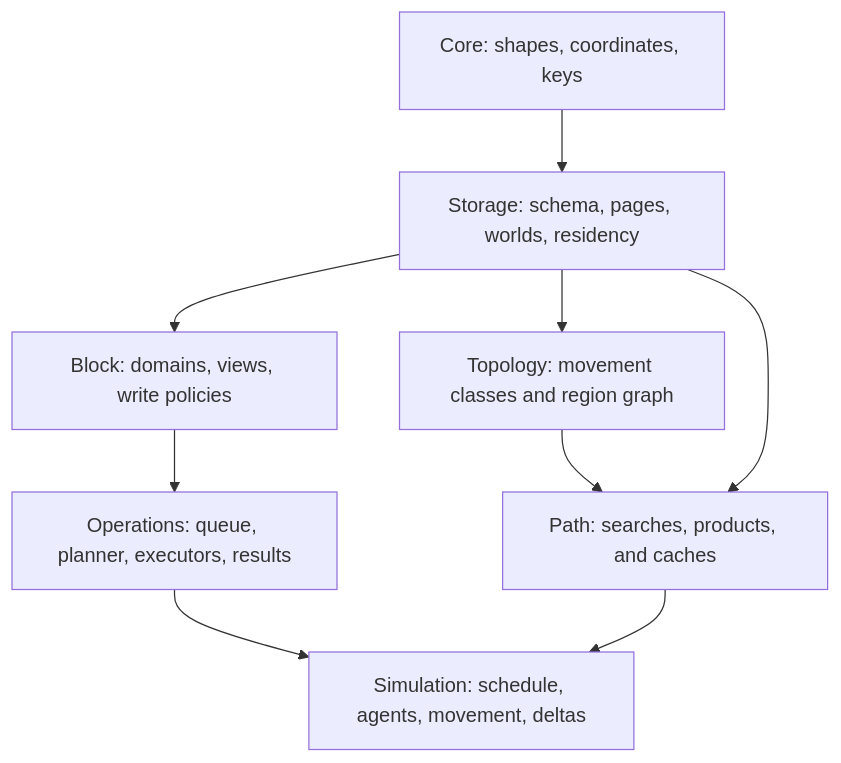
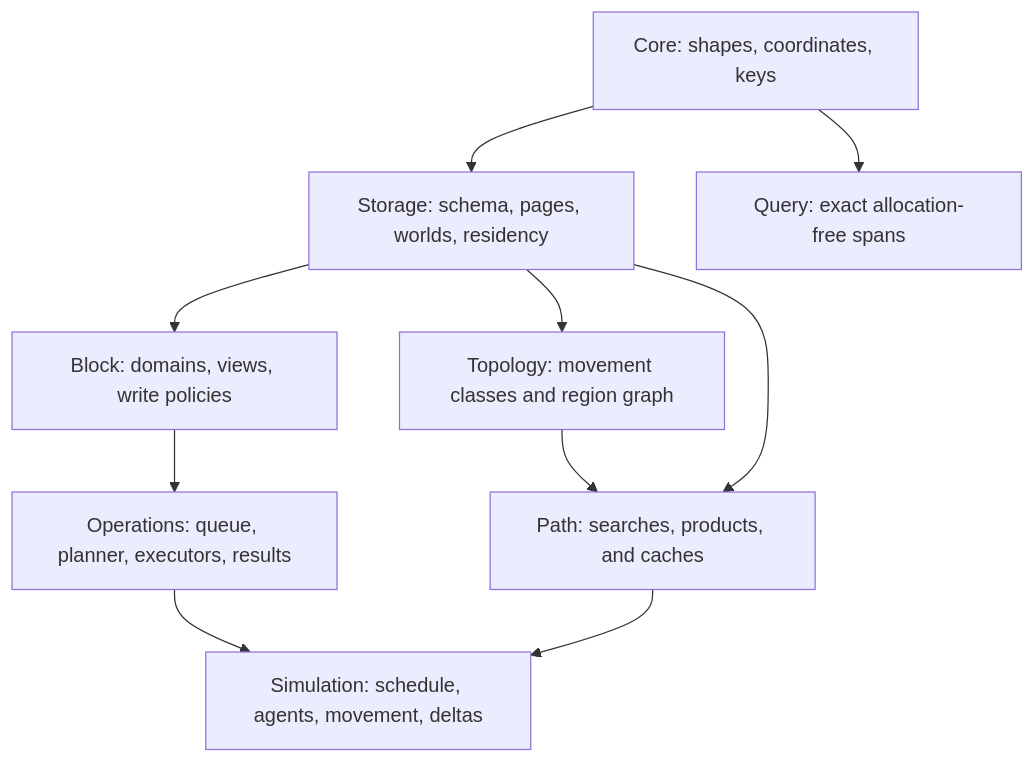
Before and after one commit to kindjie/tess: the first of 5 diagrams in docs/architecture/README.md, drawn with Mermaid. The commit also changed other lines of this file and 23 other files, not shown here.

````diff
--- a/docs/architecture/README.md
+++ b/docs/architecture/README.md
@@ -19,21 +19,23 @@
 ```mermaid
 flowchart TB
   accTitle: tess module dependency layers
   accDescr: Core and storage foundations support block operations and topology, which in turn support queued work, paths, and simulation.
 
   Core["Core: shapes, coordinates, keys"]
   Storage["Storage: schema, pages, worlds, residency"]
   Block["Block: domains, views, write policies"]
+  Query["Query: exact allocation-free spans"]
   Ops["Operations: queue, planner, executors, results"]
   Topology["Topology: movement classes and region graph"]
   Path["Path: searches, products, and caches"]
   Sim["Simulation: schedule, agents, movement, deltas"]
   Core --> Storage
   Storage --> Block
+  Core --> Query
   Storage --> Topology
   Block --> Ops
   Topology --> Path
   Storage --> Path
   Ops --> Sim
   Path --> Sim
 ```
````
